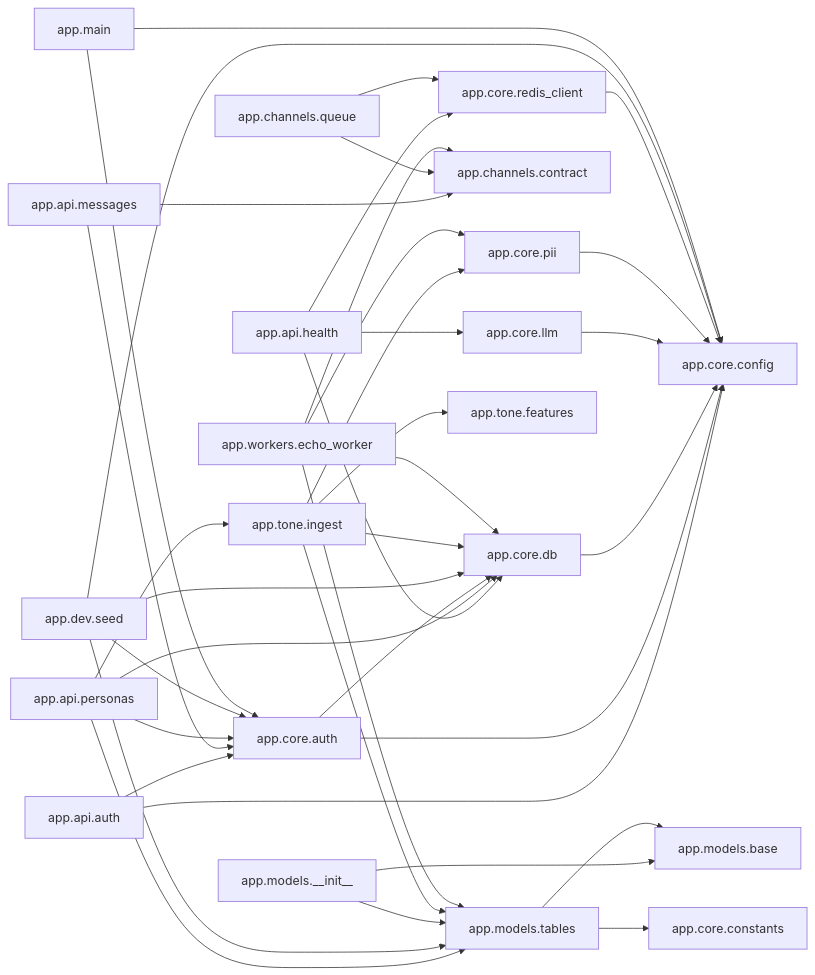
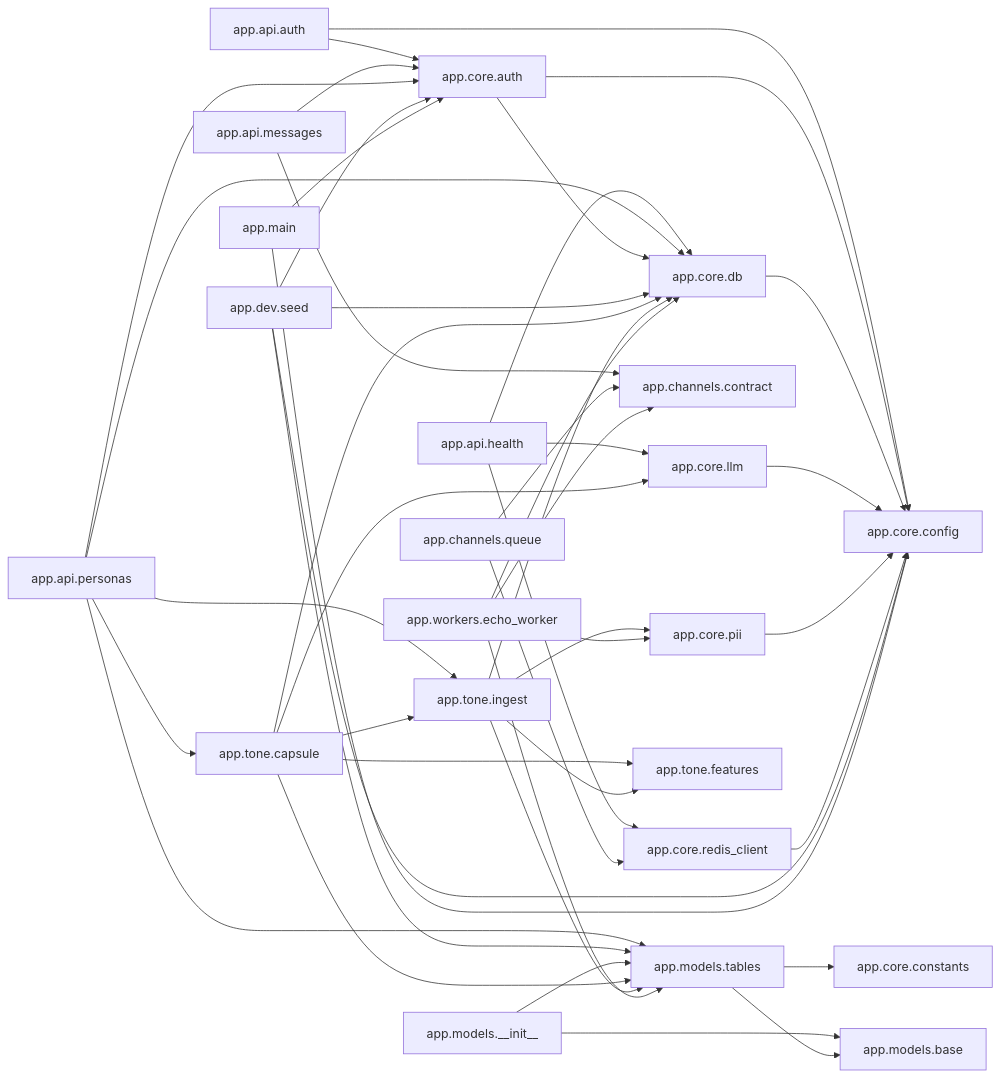
One commit to abhisheksharma001/Vachan-ai changed the diagram in docs/wiki/CODEMAP.md. Above: the diagram before and after it, drawn with Mermaid. The commit also changed other lines of this file and 8 other files, not shown here.

````diff
--- a/docs/wiki/CODEMAP.md
+++ b/docs/wiki/CODEMAP.md
@@ -12,40 +12,46 @@
 ```mermaid
 graph LR
   app_api_auth[app.api.auth] --> app_core_auth[app.core.auth]
   app_api_auth[app.api.auth] --> app_core_config[app.core.config]
   app_api_health[app.api.health] --> app_core_db[app.core.db]
   app_api_health[app.api.health] --> app_core_llm[app.core.llm]
   app_api_health[app.api.health] --> app_core_redis_client[app.core.redis_client]
   app_api_messages[app.api.messages] --> app_channels_contract[app.channels.contract]
   app_api_messages[app.api.messages] --> app_core_auth[app.core.auth]
   app_api_personas[app.api.personas] --> app_core_auth[app.core.auth]
   app_api_personas[app.api.personas] --> app_core_db[app.core.db]
   app_api_personas[app.api.personas] --> app_models_tables[app.models.tables]
+  app_api_personas[app.api.personas] --> app_tone_capsule[app.tone.capsule]
   app_api_personas[app.api.personas] --> app_tone_ingest[app.tone.ingest]
   app_channels_queue[app.channels.queue] --> app_channels_contract[app.channels.contract]
   app_channels_queue[app.channels.queue] --> app_core_redis_client[app.core.redis_client]
   app_core_auth[app.core.auth] --> app_core_config[app.core.config]
   app_core_auth[app.core.auth] --> app_core_db[app.core.db]
   app_core_db[app.core.db] --> app_core_config[app.core.config]
   app_core_llm[app.core.llm] --> app_core_config[app.core.config]
   app_core_pii[app.core.pii] --> app_core_config[app.core.config]
   app_core_redis_client[app.core.redis_client] --> app_core_config[app.core.config]
   app_dev_seed[app.dev.seed] --> app_core_auth[app.core.auth]
   app_dev_seed[app.dev.seed] --> app_core_config[app.core.config]
   app_dev_seed[app.dev.seed] --> app_core_db[app.core.db]
   app_dev_seed[app.dev.seed] --> app_models_tables[app.models.tables]
   app_main[app.main] --> app_core_auth[app.core.auth]
   app_main[app.main] --> app_core_config[app.core.config]
   app_models___init__[app.models.__init__] --> app_models_base[app.models.base]
   app_models___init__[app.models.__init__] --> app_models_tables[app.models.tables]
   app_models_tables[app.models.tables] --> app_core_constants[app.core.constants]
   app_models_tables[app.models.tables] --> app_models_base[app.models.base]
+  app_tone_capsule[app.tone.capsule] --> app_core_db[app.core.db]
+  app_tone_capsule[app.tone.capsule] --> app_core_llm[app.core.llm]
+  app_tone_capsule[app.tone.capsule] --> app_models_tables[app.models.tables]
+  app_tone_capsule[app.tone.capsule] --> app_tone_features[app.tone.features]
+  app_tone_capsule[app.tone.capsule] --> app_tone_ingest[app.tone.ingest]
   app_tone_ingest[app.tone.ingest] --> app_core_db[app.core.db]
   app_tone_ingest[app.tone.ingest] --> app_core_pii[app.core.pii]
   app_tone_ingest[app.tone.ingest] --> app_models_tables[app.models.tables]
   app_tone_ingest[app.tone.ingest] --> app_tone_features[app.tone.features]
   app_workers_echo_worker[app.workers.echo_worker] --> app_channels_contract[app.channels.contract]
   app_workers_echo_worker[app.workers.echo_worker] --> app_core_db[app.core.db]
   app_workers_echo_worker[app.workers.echo_worker] --> app_core_pii[app.core.pii]
   app_workers_echo_worker[app.workers.echo_worker] --> app_models_tables[app.models.tables]
 ```
````
